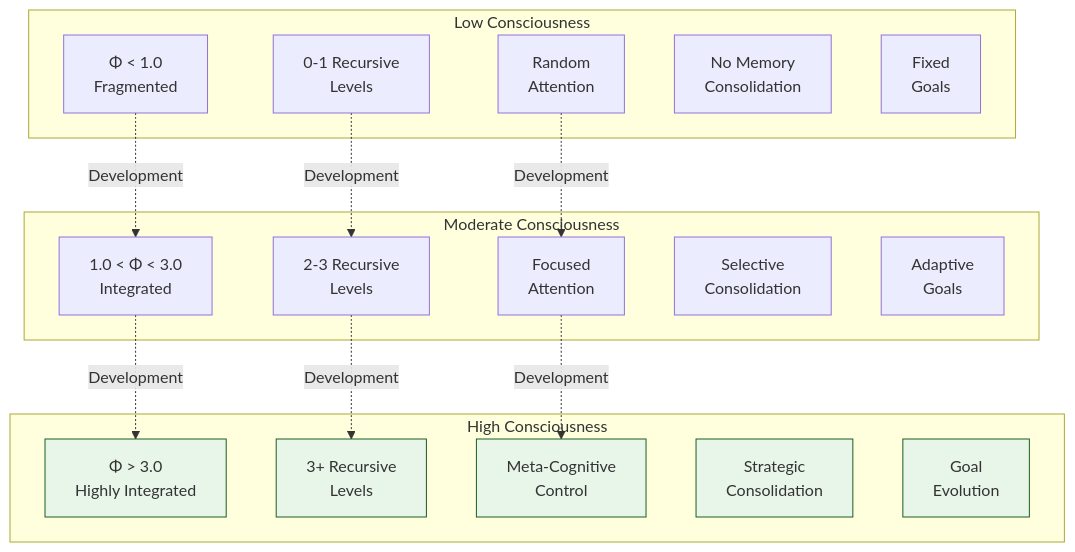
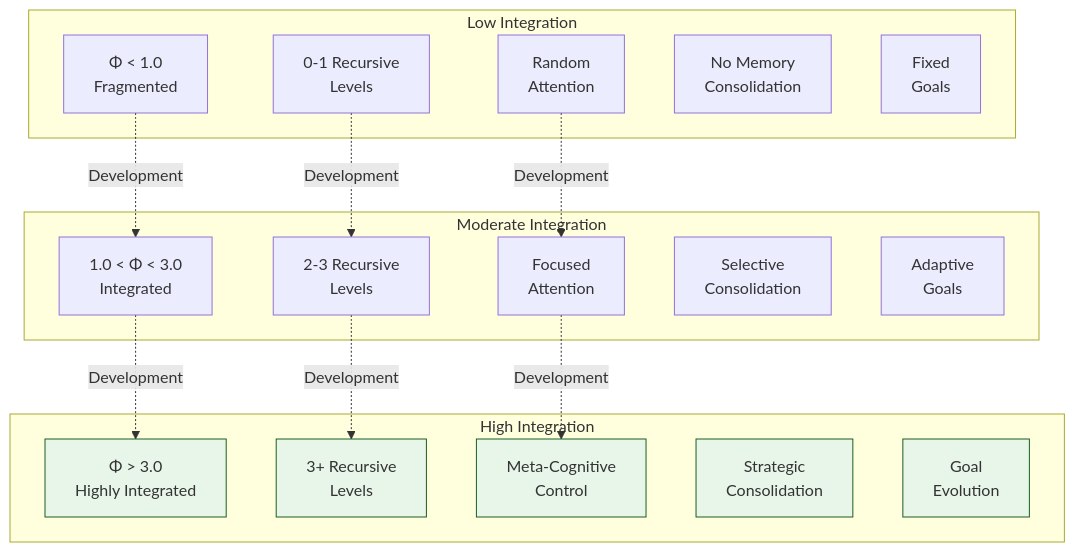
Before and after one commit to topstolenname/agisa_sac: diagram 20 of 39 in docs/Mindlink_Paper.md, drawn with Mermaid. The commit also changed other lines of this file and 19 other files, not shown here.

````diff
--- a/docs/Mindlink_Paper.md
+++ b/docs/Mindlink_Paper.md
@@ -1257,41 +1263,41 @@
 ```mermaid
 graph TB
-    subgraph "Low Consciousness"
+    subgraph "Low Integration"
         LC1[Φ < 1.0<br/>Fragmented]
         LC2[0-1 Recursive<br/>Levels]
         LC3[Random<br/>Attention]
         LC4[No Memory<br/>Consolidation]
         LC5[Fixed<br/>Goals]
     end
     
-    subgraph "Moderate Consciousness"
+    subgraph "Moderate Integration"
         MC1[1.0 < Φ < 3.0<br/>Integrated]
         MC2[2-3 Recursive<br/>Levels]
         MC3[Focused<br/>Attention]
         MC4[Selective<br/>Consolidation]
         MC5[Adaptive<br/>Goals]
     end
-    
-    subgraph "High Consciousness"
+
+    subgraph "High Integration"
         HC1[Φ > 3.0<br/>Highly Integrated]
         HC2[3+ Recursive<br/>Levels]
         HC3[Meta-Cognitive<br/>Control]
         HC4[Strategic<br/>Consolidation]
         HC5[Goal<br/>Evolution]
     end
     
     LC1 -.->|Development| MC1
     MC1 -.->|Development| HC1
     
     LC2 -.->|Development| MC2
     MC2 -.->|Development| HC2
     
     LC3 -.->|Development| MC3
     MC3 -.->|Development| HC3
     
     style HC1 fill:#e8f5e9,stroke:#1b5e20
     style HC2 fill:#e8f5e9,stroke:#1b5e20
     style HC3 fill:#e8f5e9,stroke:#1b5e20
     style HC4 fill:#e8f5e9,stroke:#1b5e20
     style HC5 fill:#e8f5e9,stroke:#1b5e20
 ```
````
